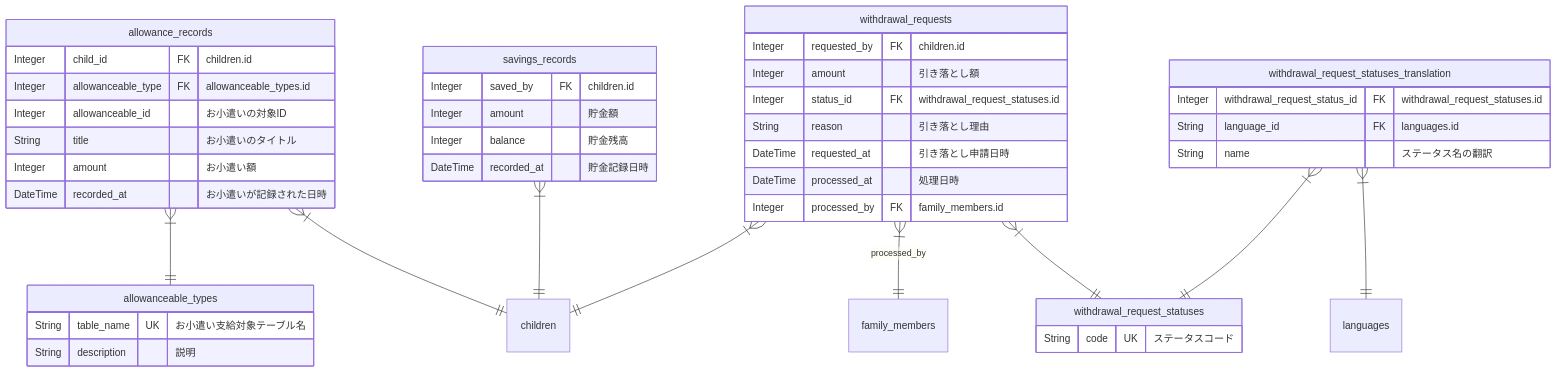
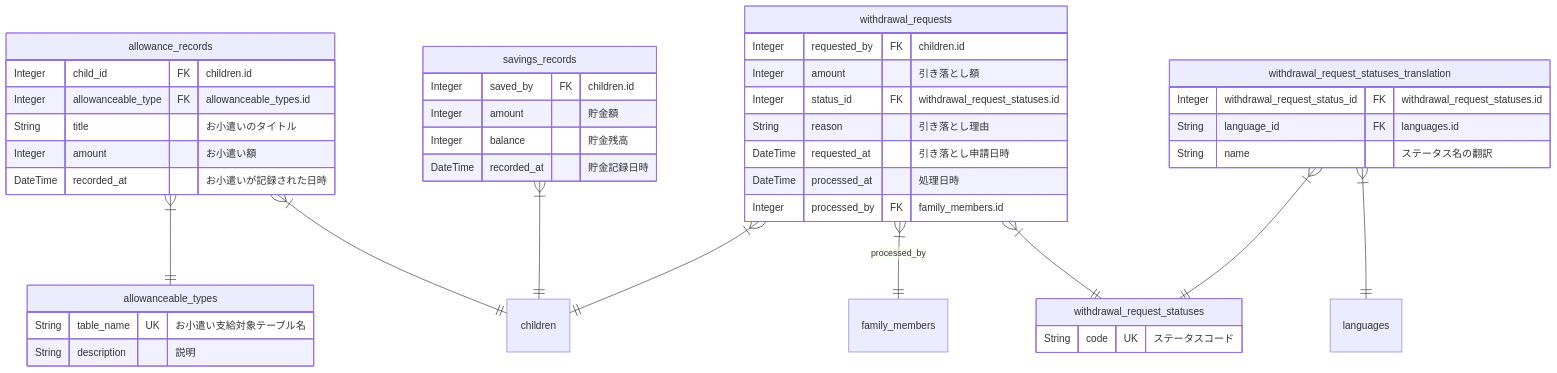
Before and after one commit to shuhei1101/allowance-questboard: the eighth of 17 diagrams in apps/api/docs/ja/uml/erd.md, drawn with Mermaid. The commit also changed other lines of this file and 17 other files, not shown here.

````diff
--- a/apps/api/docs/ja/uml/erd.md
+++ b/apps/api/docs/ja/uml/erd.md
@@ -226,54 +226,53 @@
 ```mermaid
 %% bank
 erDiagram
     allowance_records {
         Integer child_id FK "children.id"
         Integer allowanceable_type FK "allowanceable_types.id"
-        Integer allowanceable_id "お小遣いの対象ID"
         String title "お小遣いのタイトル"
         Integer amount "お小遣い額"
         DateTime recorded_at "お小遣いが記録された日時"
     }
 
     allowanceable_types {
         String table_name UK "お小遣い支給対象テーブル名"
         String description "説明"
     }
 
     savings_records {
         Integer saved_by FK "children.id"
         Integer amount "貯金額"
         Integer balance "貯金残高"
         DateTime recorded_at "貯金記録日時"
     }
 
     withdrawal_requests {
         Integer requested_by FK "children.id"
         Integer amount "引き落とし額"
         Integer status_id FK "withdrawal_request_statuses.id"
         String reason "引き落とし理由"
         DateTime requested_at "引き落とし申請日時"
         DateTime processed_at "処理日時"
         Integer processed_by FK "family_members.id"
     }
 
     withdrawal_request_statuses {
         String code UK "ステータスコード"
     }
 
     withdrawal_request_statuses_translation {
         Integer withdrawal_request_status_id FK "withdrawal_request_statuses.id"
         String language_id FK "languages.id"
         String name "ステータス名の翻訳"
     }
 
     %% Relationships
     allowance_records }|--|| children: ""
     allowance_records }|--|| allowanceable_types: ""
     savings_records }|--|| children: ""
     withdrawal_requests }|--|| children: ""
     withdrawal_requests }|--|| withdrawal_request_statuses: ""
     withdrawal_requests }|--|| family_members: "processed_by"
     withdrawal_request_statuses_translation }|--|| withdrawal_request_statuses: ""
     withdrawal_request_statuses_translation }|--|| languages: ""
 ```
````
